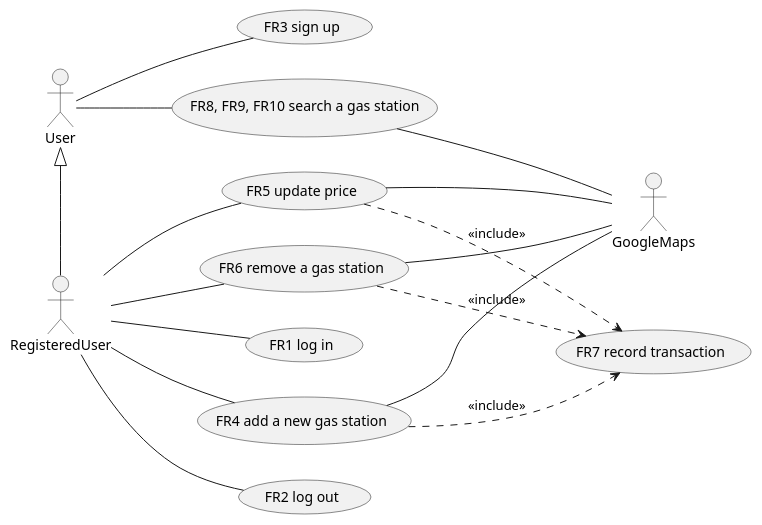
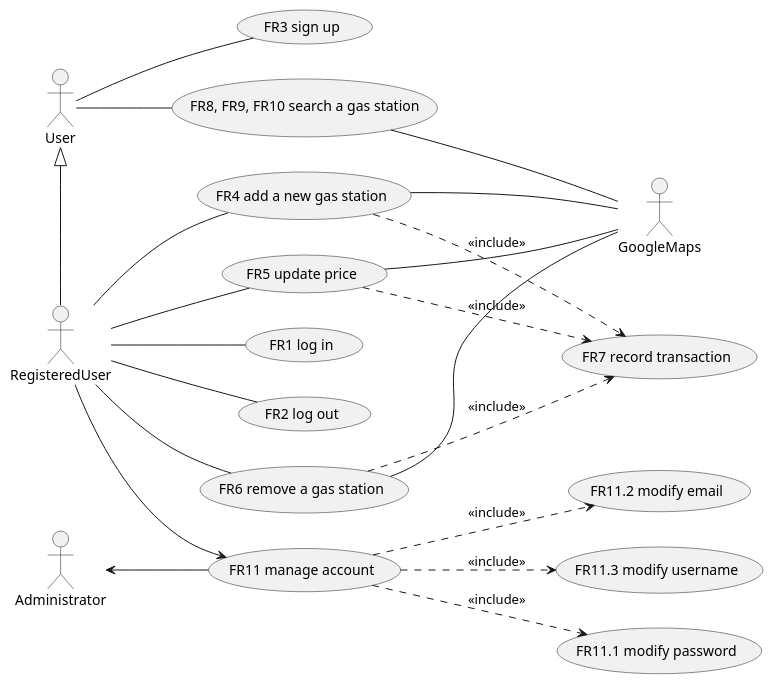
One commit to SoftengPoliTo/Lab2 changed the second of 4 diagrams in REQ_s280113.md. Above: the diagram before and after it, drawn with PlantUML. The commit also changed other lines of this file, not shown here.

Commit message:
add Administrator and functional requirements for him

````diff
--- a/REQ_s280113.md
+++ b/REQ_s280113.md
@@ -93,34 +101,45 @@
 ```plantuml
 left to right direction
 actor User as u
 actor GoogleMaps as gm
 actor RegisteredUser as ru
+actor Administrator as a
 usecase "FR1 log in" as login
 usecase "FR2 log out" as logout
 usecase "FR3 sign up" as signup
 usecase "FR4 add a new gas station" as add
 usecase "FR5 update price" as update
 usecase "FR6 remove a gas station" as remove
 usecase "FR7 record transaction" as rt
 usecase "FR8, FR9, FR10 search a gas station" as lf
 usecase "FR7 record transaction" as rt
+usecase "FR11 manage account" as manage
+usecase "FR11.1 modify password" as mpassword
+usecase "FR11.2 modify email" as memail
+usecase "FR11.3 modify username" as musername
 
 u -- signup
 u -- lf
 u <|- ru
 
 ru -- add
 ru -- update
 ru -- remove
 ru -- login
 ru -- logout
 
+a <-- manage
+ru --> manage
+manage ..> mpassword : <<include>>
+manage ..> memail : <<include>>
+manage ..> musername : <<include>>
+
 add ..> rt : <<include>>
 update ..> rt: <<include>>
 remove ..> rt: <<include>>
 
 update -- gm
 add -- gm
 remove -- gm
 lf -- gm
 ```
````
